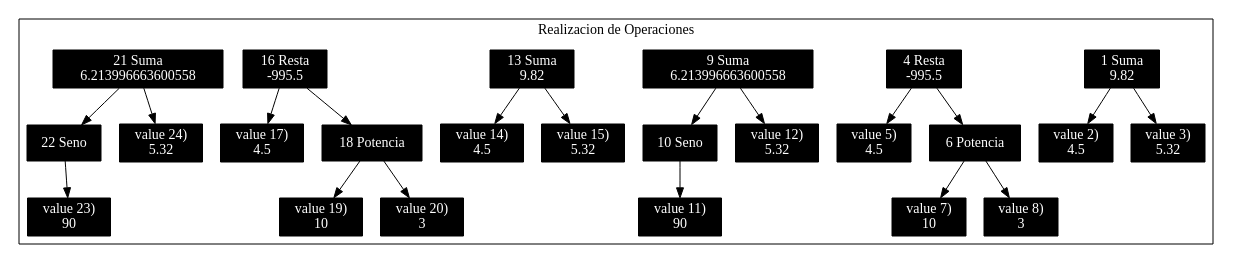
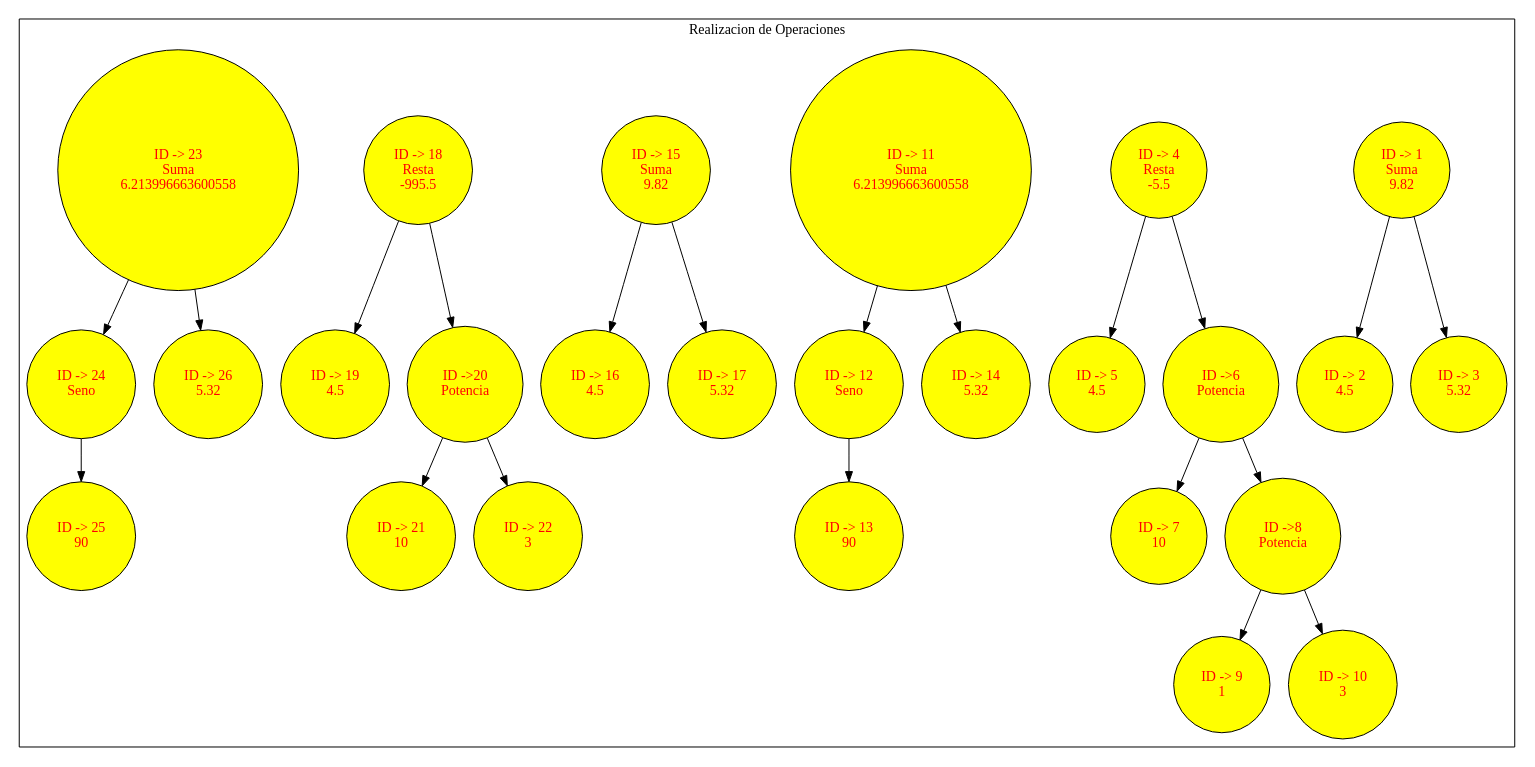
One commit to DevAndyMacnab/Analizador-Lexico changed the diagram in RESULTADOS_202111490.gv. Above: the diagram before and after it, drawn with Graphviz. The commit also changed 3 other files, not shown here.

```diff
--- a/RESULTADOS_202111490.gv
+++ b/RESULTADOS_202111490.gv
@@ -1,51 +1,79 @@
 digraph {
 	subgraph cluster_0 {
 		label="Realizacion de Operaciones"
 		rank=same
-		node [fillcolor=Amarillo fontcolor=white shape=Circulo style=filled]
-		"1 Suma 
- 9.82" -> "value 2)
+		node [fillcolor=yellow fontcolor=red shape=circle style=filled]
+		"ID -> 1
+Suma 
+ 9.82" -> "ID -> 2
 4.5"
-		"1 Suma 
- 9.82" -> "value 3)
+		"ID -> 1
+Suma 
+ 9.82" -> "ID -> 3
 5.32"
-		"4 Resta 
- -995.5" -> "value 5)
+		"ID -> 4
+Resta 
+ -5.5" -> "ID -> 5
 4.5"
-		"4 Resta 
- -995.5" -> "6 Potencia"
-		"6 Potencia" -> "value 7)
+		"ID -> 4
+Resta 
+ -5.5" -> "ID ->6
+ Potencia"
+		"ID ->6
+ Potencia" -> "ID -> 7
 10"
-		"6 Potencia" -> "value 8)
+		"ID ->6
+ Potencia" -> "ID ->8
+ Potencia"
+		"ID ->8
+ Potencia" -> "ID -> 9
+1"
+		"ID ->8
+ Potencia" -> "ID -> 10
 3"
-		"9 Suma 
- 6.213996663600558" -> "10 Seno"
-		"10 Seno" -> "value 11)
+		"ID -> 11
+Suma 
+ 6.213996663600558" -> "ID -> 12
+Seno"
+		"ID -> 12
+Seno" -> "ID -> 13
 90"
-		"9 Suma 
- 6.213996663600558" -> "value 12)
+		"ID -> 11
+Suma 
+ 6.213996663600558" -> "ID -> 14
 5.32"
-		"13 Suma 
- 9.82" -> "value 14)
+		"ID -> 15
+Suma 
+ 9.82" -> "ID -> 16
 4.5"
-		"13 Suma 
- 9.82" -> "value 15)
+		"ID -> 15
+Suma 
+ 9.82" -> "ID -> 17
 5.32"
-		"16 Resta 
- -995.5" -> "value 17)
+		"ID -> 18
+Resta 
+ -995.5" -> "ID -> 19
 4.5"
-		"16 Resta 
- -995.5" -> "18 Potencia"
-		"18 Potencia" -> "value 19)
+		"ID -> 18
+Resta 
+ -995.5" -> "ID ->20
+ Potencia"
+		"ID ->20
+ Potencia" -> "ID -> 21
 10"
-		"18 Potencia" -> "value 20)
+		"ID ->20
+ Potencia" -> "ID -> 22
 3"
-		"21 Suma 
- 6.213996663600558" -> "22 Seno"
-		"22 Seno" -> "value 23)
+		"ID -> 23
+Suma 
+ 6.213996663600558" -> "ID -> 24
+Seno"
+		"ID -> 24
+Seno" -> "ID -> 25
 90"
-		"21 Suma 
- 6.213996663600558" -> "value 24)
+		"ID -> 23
+Suma 
+ 6.213996663600558" -> "ID -> 26
 5.32"
 	}
 }
```
